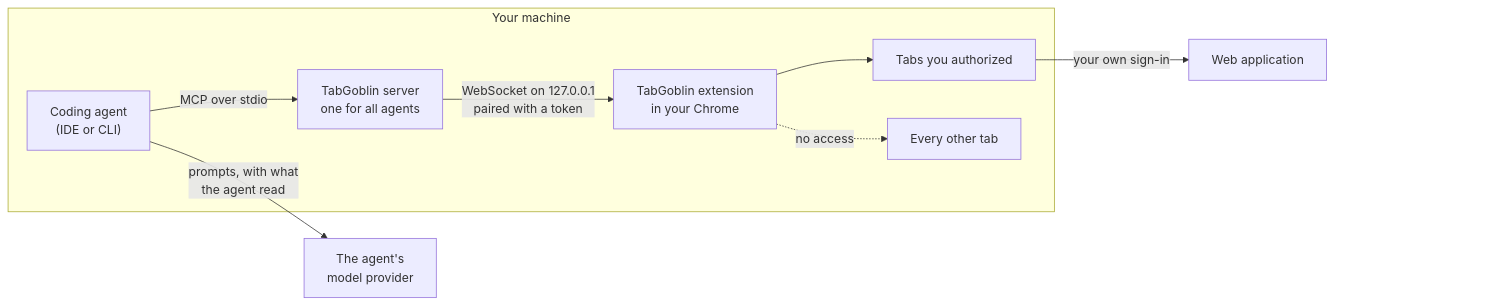
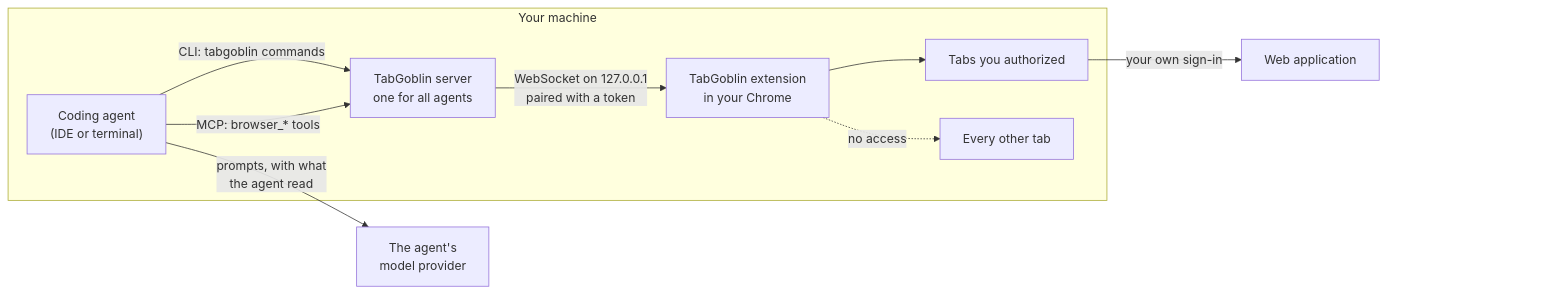
The diagram in README.md (LaughingManCommits/TabGoblin), drawn with Mermaid before and after one commit. The commit also changed other lines of this file and 16 other files, not shown here.

First line of the commit message:
The documentation presents a browser bridge with two interfaces, CLI and MCP

````diff
--- a/README.md
+++ b/README.md
@@ -64,15 +77,17 @@
 ```mermaid
 flowchart LR
   subgraph local["Your machine"]
-    AGENT["Coding agent<br/>(IDE or CLI)"] -- "MCP over stdio" --> SERVER["TabGoblin server<br/>one for all agents"]
+    AGENT["Coding agent<br/>(IDE or terminal)"]
+    AGENT -- "CLI: tabgoblin commands" --> SERVER["TabGoblin server<br/>one for all agents"]
+    AGENT -- "MCP: browser_* tools" --> SERVER
     SERVER -- "WebSocket on 127.0.0.1<br/>paired with a token" --> EXT["TabGoblin extension<br/>in your Chrome"]
     EXT --> TAB["Tabs you authorized"]
     EXT -. "no access" .-> OTHER["Every other tab"]
   end
   AGENT -- "prompts, with what<br/>the agent read" --> MODEL["The agent's<br/>model provider"]
   TAB -- "your own sign-in" --> APP["Web application"]
   %% Empty places at the right edge: GitHub lays its zoom buttons over the bottom right corner.
   APP ~~~ ROOM1[" "] ~~~ ROOM2[" "]
   style ROOM1 fill:none,stroke:none
   style ROOM2 fill:none,stroke:none
 ```
````
